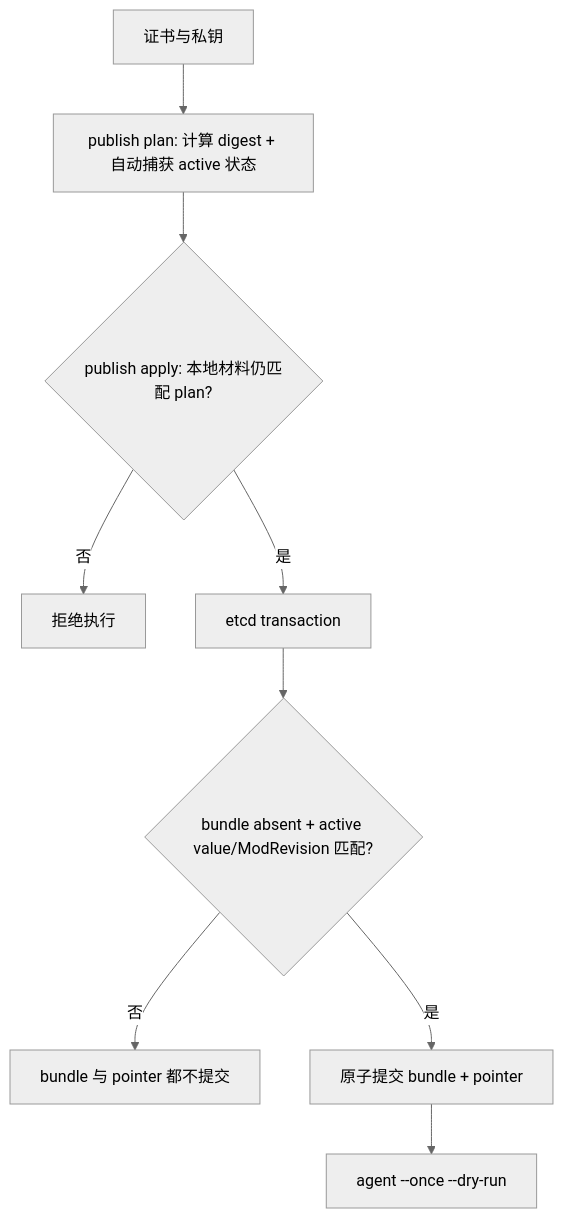
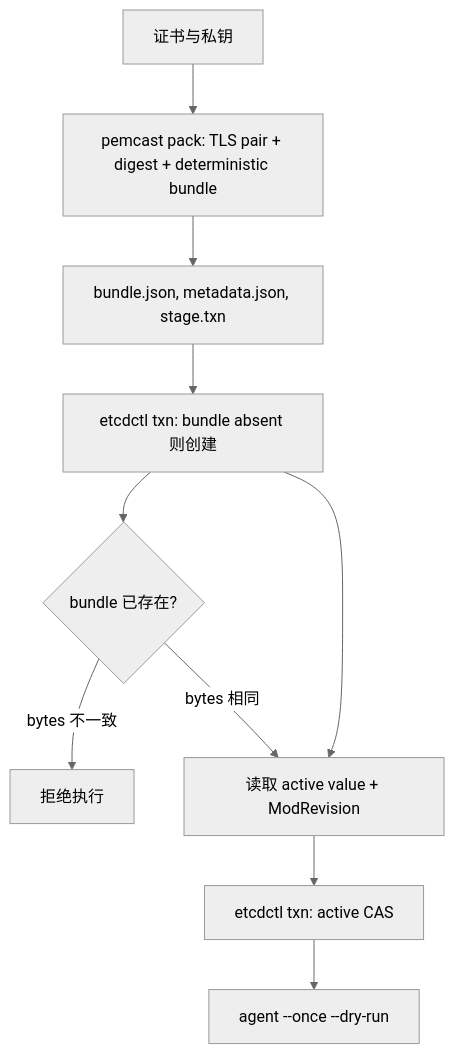
One commit to lwmacct/260907-pemcast changed the diagram in .agents/skills/repo-deployment/references/publishing.md. Above: the diagram before and after it, drawn with Mermaid (neutral theme). The commit also changed other lines of this file and 27 other files, not shown here.

Commit message:
refactor: publish v5 staged bundles with etcdctl

````diff
--- a/.agents/skills/repo-deployment/references/publishing.md
+++ b/.agents/skills/repo-deployment/references/publishing.md
@@ -12,11 +12,12 @@
 ```mermaid
 flowchart TD
-    material["证书与私钥"] --> plan["publish plan: 计算 digest + 自动捕获 active 状态"]
-    plan --> apply{"publish apply: 本地材料仍匹配 plan?"}
-    apply -->|"否"| stop["拒绝执行"]
-    apply -->|"是"| txn["etcd transaction"]
-    txn --> condition{"bundle absent + active value/ModRevision 匹配?"}
-    condition -->|"否"| reject["bundle 与 pointer 都不提交"]
-    condition -->|"是"| commit["原子提交 bundle + pointer"]
-    commit --> dryrun["agent --once --dry-run"]
+    material["证书与私钥"] --> pack["pemcast pack: TLS pair + digest + deterministic bundle"]
+    pack --> artifacts["bundle.json, metadata.json, stage.txn"]
+    artifacts --> stage["etcdctl txn: bundle absent 则创建"]
+    stage --> existing{"bundle 已存在?"}
+    existing -->|"bytes 不一致"| stop["拒绝执行"]
+    existing -->|"bytes 相同"| capture["读取 active value + ModRevision"]
+    stage --> capture
+    capture --> pointer["etcdctl txn: active CAS"]
+    pointer --> dryrun["agent --once --dry-run"]
 ```
````
